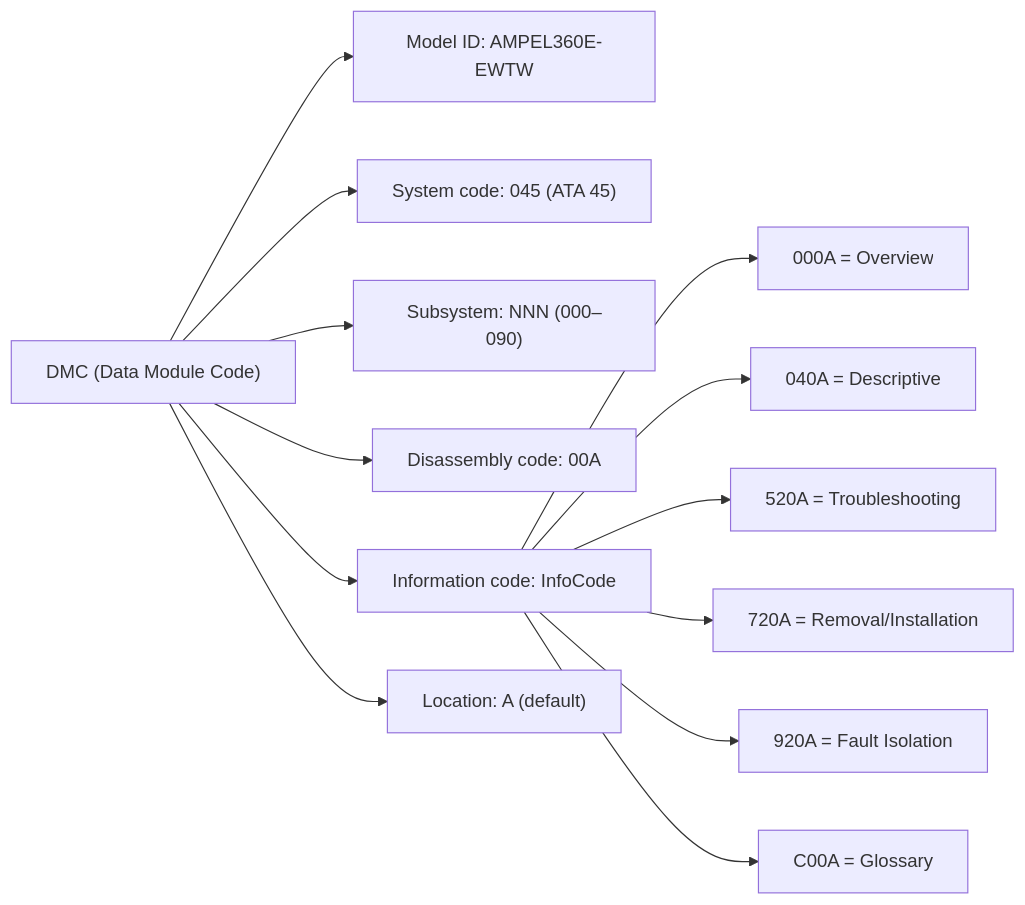
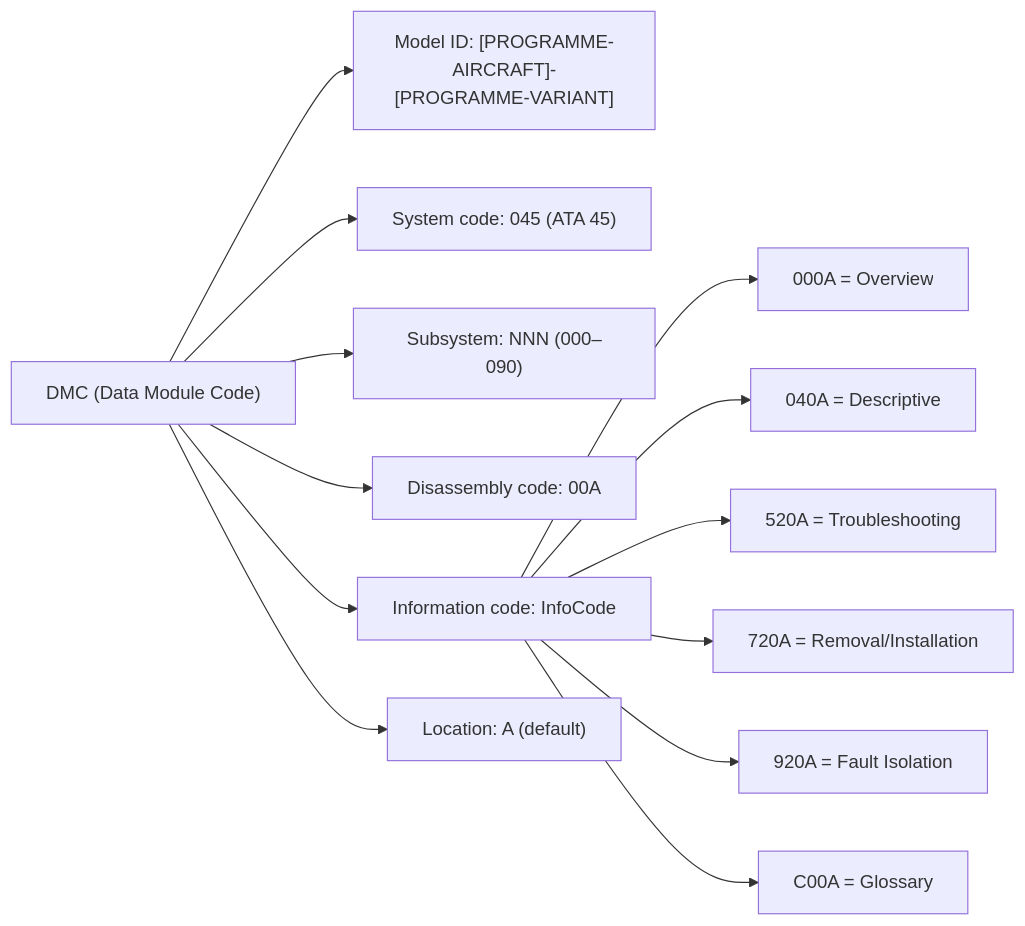
One commit to AmedeoPelliccia/Qplus-For-All-Queer-People-and-Quantum changed the second of 3 diagrams in Q+ATLANTIDE/000-099_ATLAS/040-049_Avionica-Informacion-y-APU/045_Central-Maintenance-System/045-090-S1000D-CSDB-Mapping-and-Traceability.md. Above: the diagram before and after it, drawn with Mermaid. The commit also changed other lines of this file and 676 other files, not shown here.

First line of the commit message:
feat: de-programmatize all ATLAS standard files — remove AMPEL360E/eWTW programme content

````diff
--- a/Q+ATLANTIDE/000-099_ATLAS/040-049_Avionica-Informacion-y-APU/045_Central-Maintenance-System/045-090-S1000D-CSDB-Mapping-and-Traceability.md
+++ b/Q+ATLANTIDE/000-099_ATLAS/040-049_Avionica-Informacion-y-APU/045_Central-Maintenance-System/045-090-S1000D-CSDB-Mapping-and-Traceability.md
@@ -143,16 +145,16 @@
 ```mermaid
 graph LR
     DMC["DMC (Data Module Code)"]
-    DMC --> MID["Model ID: AMPEL360E-EWTW"]
+    DMC --> MID["Model ID: [PROGRAMME-AIRCRAFT]-[PROGRAMME-VARIANT]"]
     DMC --> SYS["System code: 045 (ATA 45)"]
     DMC --> SUB["Subsystem: NNN (000–090)"]
     DMC --> DAS["Disassembly code: 00A"]
     DMC --> IC["Information code: InfoCode"]
     IC --> IC1["000A = Overview"]
     IC --> IC2["040A = Descriptive"]
     IC --> IC3["520A = Troubleshooting"]
     IC --> IC4["720A = Removal/Installation"]
     IC --> IC5["920A = Fault Isolation"]
     IC --> IC6["C00A = Glossary"]
     DMC --> LOC["Location: A (default)"]
 ```
````
